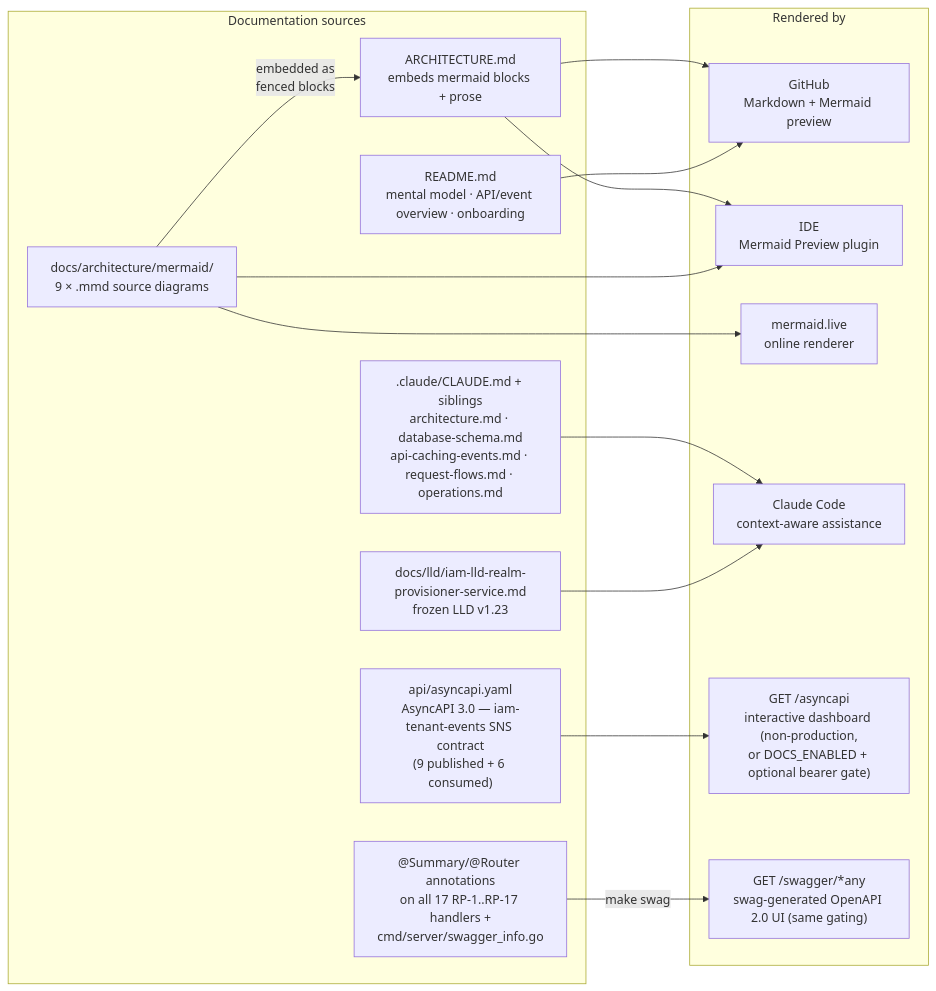
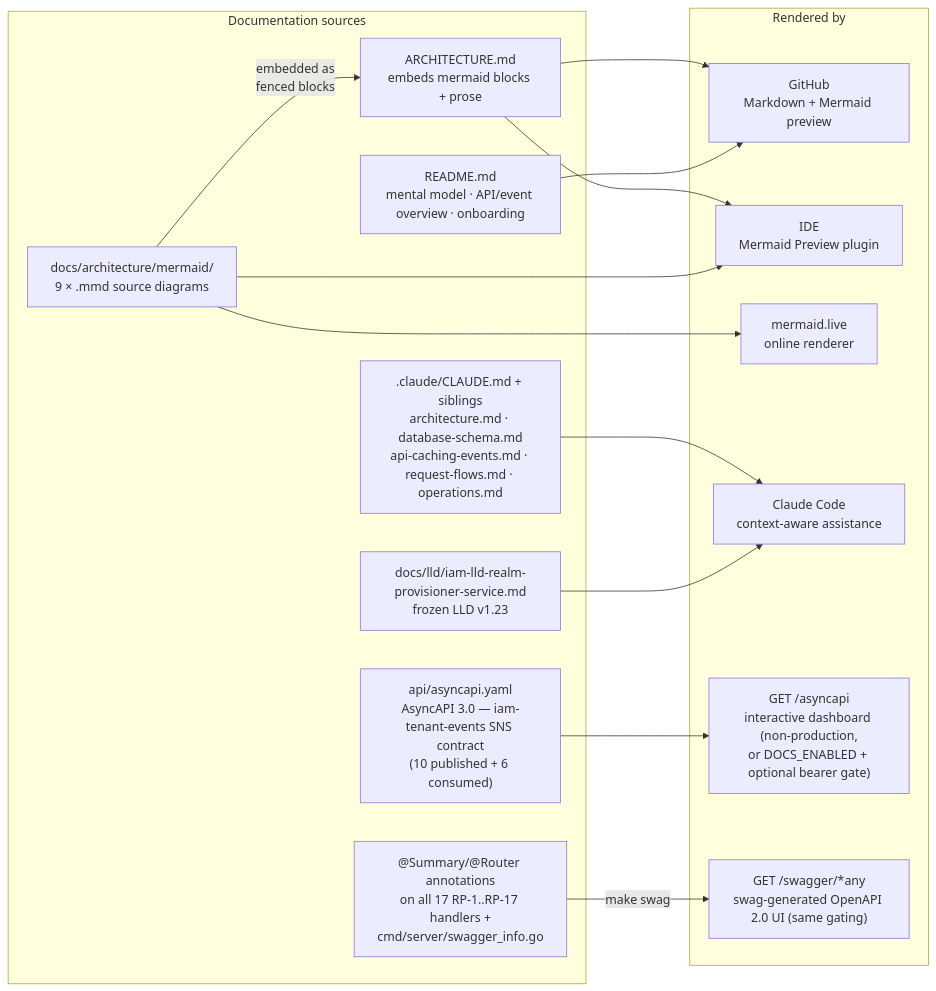
The tenth of 10 diagrams in ARCHITECTURE.md (BCBP-SOLUTIONS-FZC-LLC/iam-realm-provisioner), drawn with Mermaid before and after one commit. The commit also changed other lines of this file and 45 other files, not shown here.

First line of the commit message:
feat(events): add TenantIdentityProvisioned signup backstop event (BFF-2) (#19)

````diff
--- a/ARCHITECTURE.md
+++ b/ARCHITECTURE.md
@@ -1073,30 +1073,30 @@
 ```mermaid
 graph LR
     subgraph sources["Documentation sources"]
         mmd["docs/architecture/mermaid/\n9 × .mmd source diagrams"]
         arch["ARCHITECTURE.md\nembeds mermaid blocks + prose"]
         claude[".claude/CLAUDE.md + siblings\narchitecture.md · database-schema.md\napi-caching-events.md · request-flows.md · operations.md"]
         readme["README.md\nmental model · API/event overview · onboarding"]
-        asyncapi_yaml["api/asyncapi.yaml\nAsyncAPI 3.0 — iam-tenant-events SNS contract\n(9 published + 6 consumed)"]
+        asyncapi_yaml["api/asyncapi.yaml\nAsyncAPI 3.0 — iam-tenant-events SNS contract\n(10 published + 6 consumed)"]
         swag_annot["@Summary/@Router annotations\non all 17 RP-1..RP-17 handlers +\ncmd/server/swagger_info.go"]
         lld["docs/lld/iam-lld-realm-provisioner-service.md\nfrozen LLD v1.23"]
     end
 
     subgraph rendered["Rendered by"]
         github["GitHub\nMarkdown + Mermaid preview"]
         ide["IDE\nMermaid Preview plugin"]
         live["mermaid.live\nonline renderer"]
         claude_ai["Claude Code\ncontext-aware assistance"]
         asyncapi_viewer["GET /asyncapi\ninteractive dashboard (non-production,\nor DOCS_ENABLED + optional bearer gate)"]
         swagger_ui["GET /swagger/*any\nswag-generated OpenAPI 2.0 UI (same gating)"]
     end
 
     mmd  -->|"embedded as\nfenced blocks"| arch
     arch --> github & ide
     mmd  --> live & ide
     claude --> claude_ai
     readme --> github
     lld --> claude_ai
     asyncapi_yaml --> asyncapi_viewer
     swag_annot -->|"make swag"| swagger_ui
 ```
````
